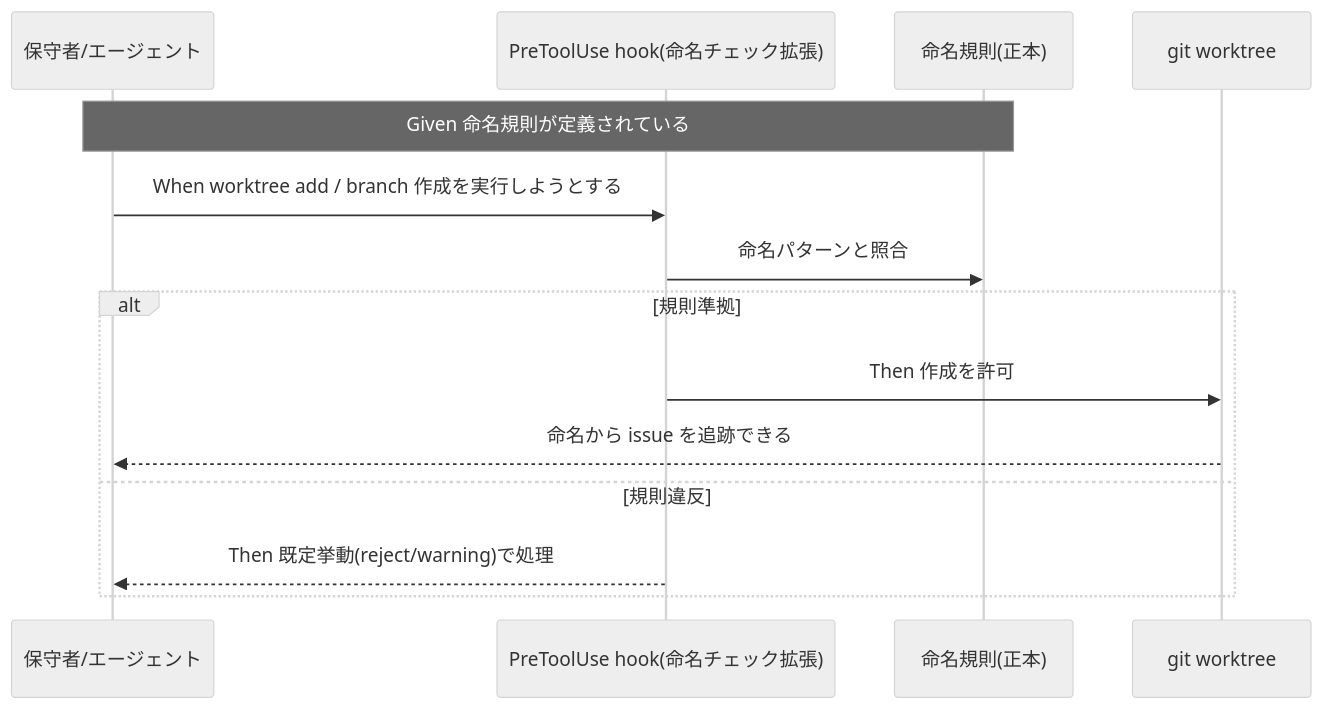
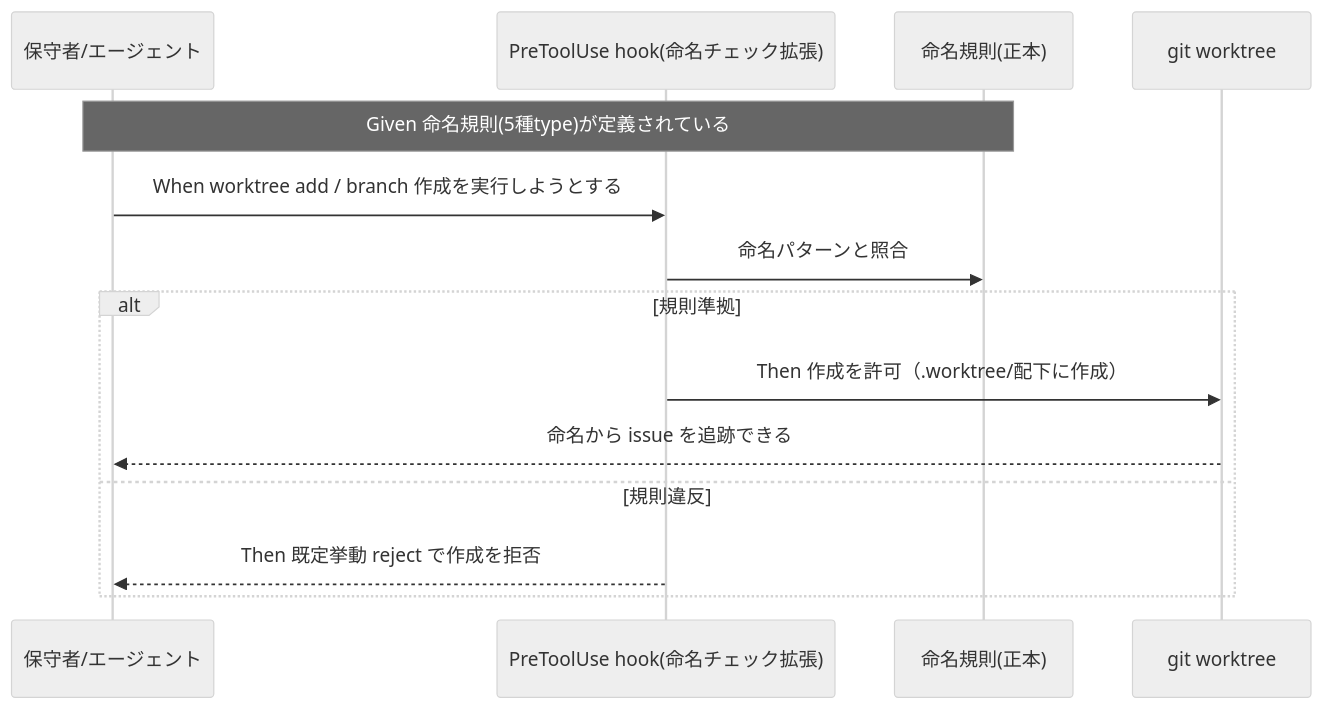
The first of 3 diagrams in docs/maintainer/workflow/20260716_013937_worktree運用規律/01_要件定義.md (techbeansjp-free/AGENTS.md), drawn with Mermaid (neutral theme) before and after one commit. The commit also changed other lines of this file and 1 other file, not shown here.

First line of the commit message:
docs: worktree運用規律 残課題3点に回答+.worktree/配置の新規要件を反映

````diff
--- a/docs/maintainer/workflow/20260716_013937_worktree運用規律/01_要件定義.md
+++ b/docs/maintainer/workflow/20260716_013937_worktree運用規律/01_要件定義.md
@@ -193,17 +232,17 @@
 ```mermaid
 sequenceDiagram
     participant D as 保守者/エージェント
     participant H as PreToolUse hook(命名チェック拡張)
     participant N as 命名規則(正本)
     participant W as git worktree
 
-    Note over D,N: Given 命名規則が定義されている
+    Note over D,N: Given 命名規則(5種type)が定義されている
     D->>H: When worktree add / branch 作成を実行しようとする
     H->>N: 命名パターンと照合
     alt 規則準拠
-        H->>W: Then 作成を許可
+        H->>W: Then 作成を許可（.worktree/配下に作成）
         W-->>D: 命名から issue を追跡できる
     else 規則違反
-        H-->>D: Then 既定挙動(reject/warning)で処理
+        H-->>D: Then 既定挙動 reject で作成を拒否
     end
 ```
````
